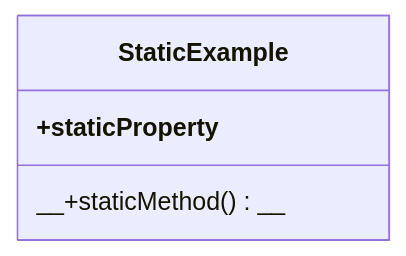
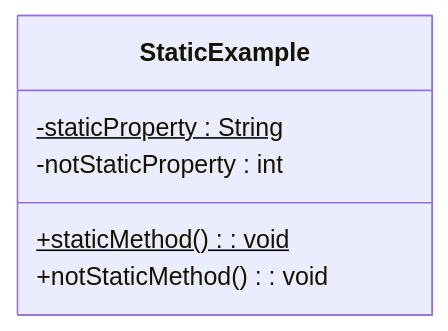
The diagram in Articles/UML Class Diagrams/009 Static.md (TroelsMortensen/Codelabs2), drawn with Mermaid before and after one commit.

Commit message:
trying again

````diff
--- a/Articles/UML Class Diagrams/009 Static.md
+++ b/Articles/UML Class Diagrams/009 Static.md
@@ -7,7 +7,9 @@
 ```mermaid
 classDiagram
     class StaticExample {
-        __+staticMethod()__
-        __+staticProperty__
+        <static> -staticProperty : String$
+        -notStaticProperty : int
+        <static> +staticMethod() : void$
+        +notStaticMethod() : void
     }
 ```
````
